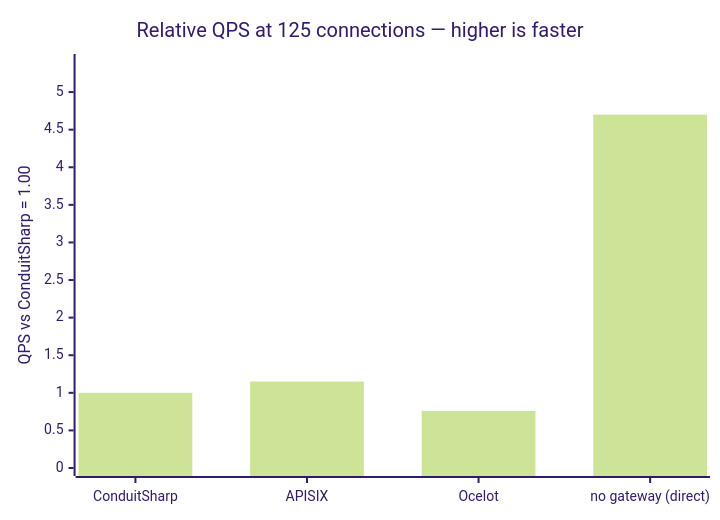
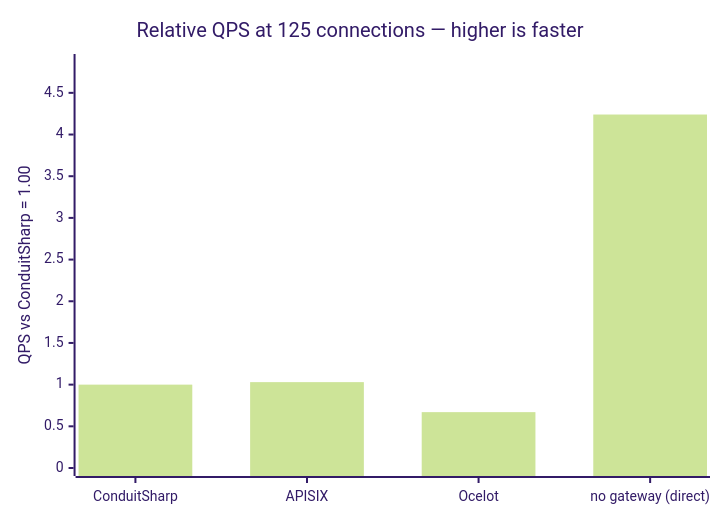
The first of 8 diagrams in README.md (liqngliz/ConduitSharp), drawn with Mermaid (forest theme) before and after one commit. The commit also changed other lines of this file and 1 other file, not shown here.

````diff
--- a/README.md
+++ b/README.md
@@ -59,7 +59,7 @@
 ```mermaid
 xychart-beta
     title "Relative QPS at 125 connections — higher is faster"
     x-axis ["ConduitSharp", "APISIX", "Ocelot", "no gateway (direct)"]
-    y-axis "QPS vs ConduitSharp = 1.00" 0 --> 5.40
-    bar [1.00, 1.15, 0.76, 4.70]
+    y-axis "QPS vs ConduitSharp = 1.00" 0 --> 4.87
+    bar [1.00, 1.03, 0.67, 4.24]
 ```
````
